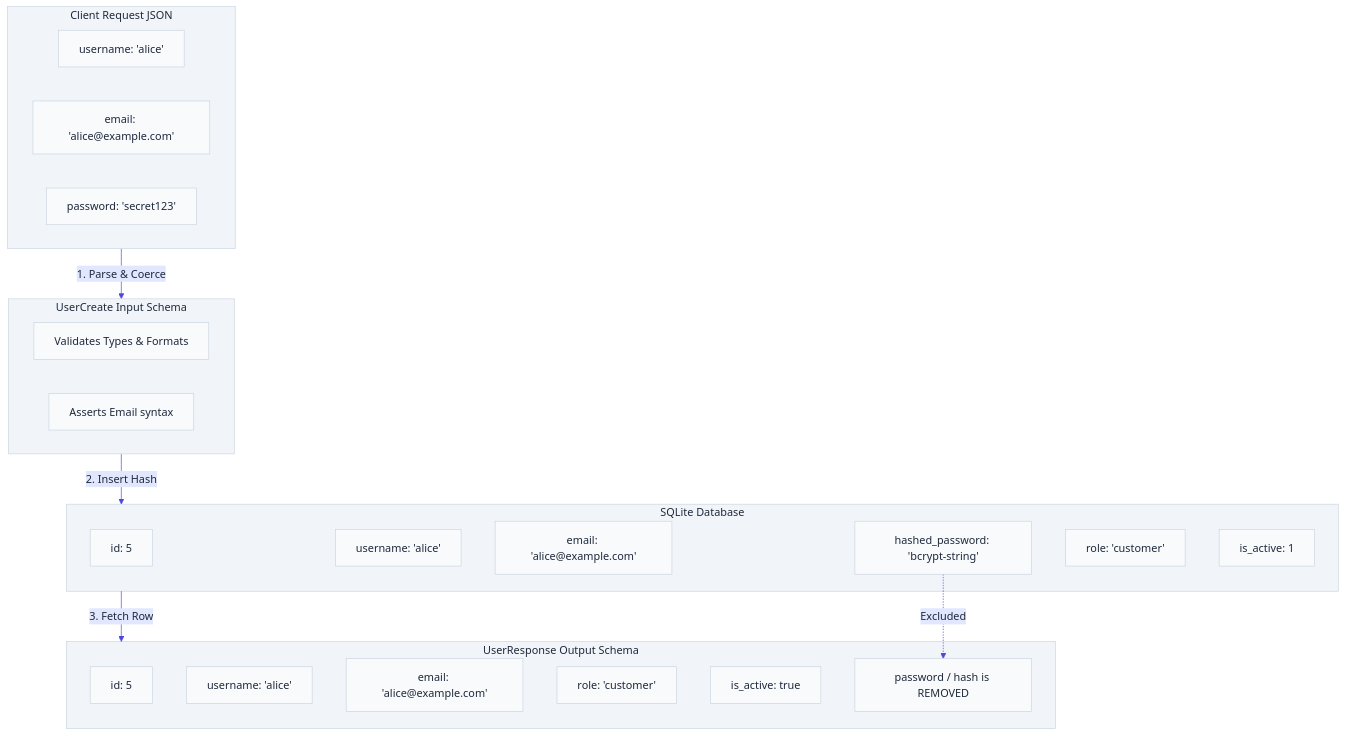
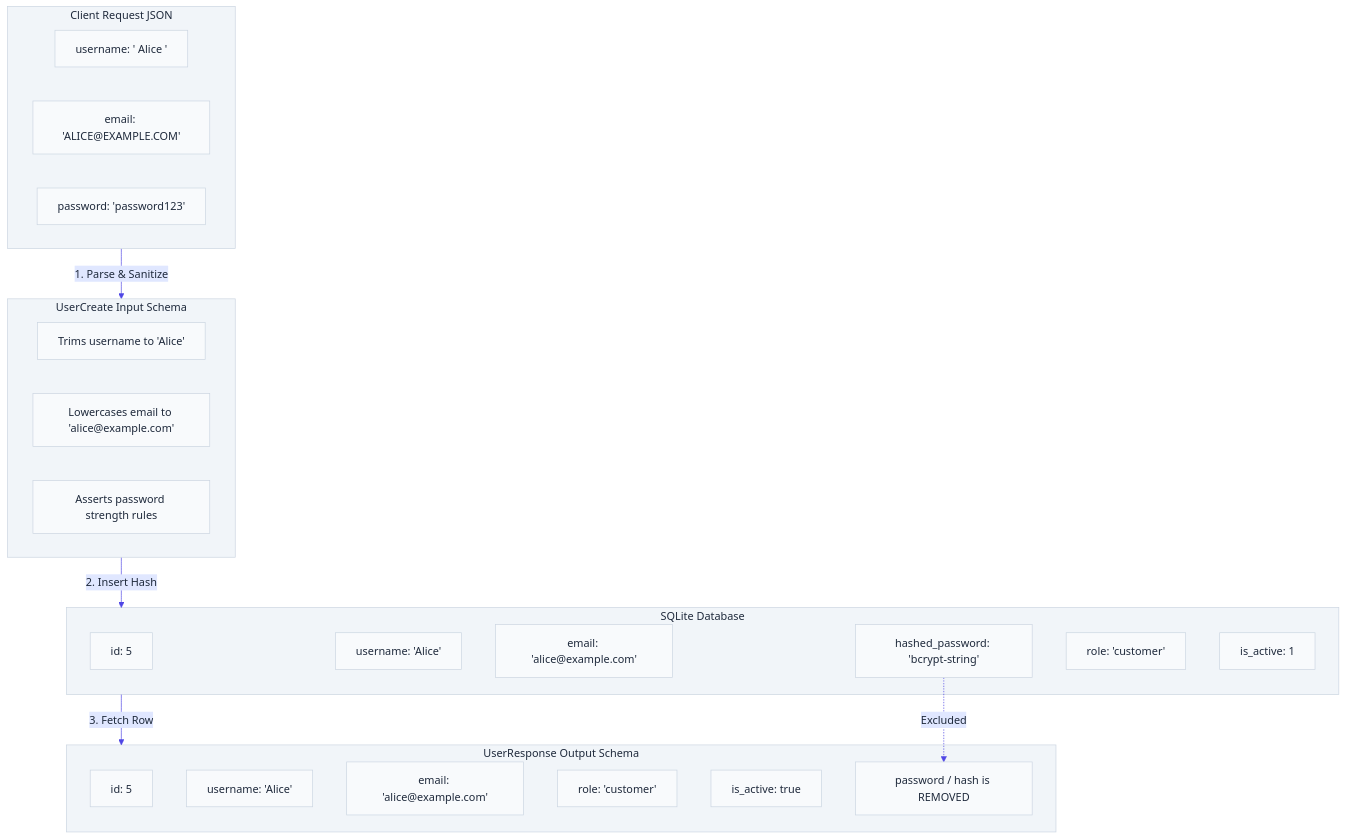
One commit to nakul-cloud/ecommerce-api changed the diagram in app/schemas/README.md. Above: the diagram before and after it, drawn with Mermaid. The commit also changed other lines of this file and 22 other files, not shown here.

Commit message:
feat: scaffold API architecture with authentication, custom exceptions, controllers, and utility modules.

````diff
--- a/app/schemas/README.md
+++ b/app/schemas/README.md
@@ -23,37 +23,38 @@
 ```mermaid
 %%{init: {'theme': 'base', 'themeVariables': {'primaryColor': '#f8fafc', 'primaryTextColor': '#1e293b', 'primaryBorderColor': '#cbd5e1', 'lineColor': '#4f46e5', 'secondaryColor': '#10b981', 'tertiaryColor': '#f59e0b', 'background': '#ffffff', 'mainBkg': '#f8fafc', 'nodeBorder': '#cbd5e1', 'nodeTextColor': '#1e293b', 'textColor': '#1e293b', 'titleColor': '#1e293b', 'edgeLabelBackground': '#e0e7ff', 'clusterBkg': '#f1f5f9', 'clusterBorder': '#cbd5e1', 'actorBkg': '#f8fafc', 'actorBorder': '#cbd5e1', 'actorTextColor': '#1e293b', 'signalColor': '#4f46e5', 'signalTextColor': '#1e293b', 'noteBkgColor': '#fef08a', 'noteBorderColor': '#facc15', 'noteTextColor': '#713f12'}}}%%
 flowchart TD
     subgraph ClientReq [Client Request JSON]
-        R1[username: 'alice']
-        R2[email: 'alice@example.com']
-        R3[password: 'secret123']
+        R1[username: '  Alice  ']
+        R2[email: 'ALICE@EXAMPLE.COM']
+        R3[password: 'password123']
     end
 
     subgraph InputSchema [UserCreate Input Schema]
-        V1[Validates Types & Formats]
-        V2[Asserts Email syntax]
+        V1[Trims username to 'Alice']
+        V2[Lowercases email to 'alice@example.com']
+        V3[Asserts password strength rules]
     end
 
     subgraph DBStore [SQLite Database]
         D1[id: 5]
-        D2[username: 'alice']
+        D2[username: 'Alice']
         D3[email: 'alice@example.com']
         D4[hashed_password: 'bcrypt-string']
         D5[role: 'customer']
         D6[is_active: 1]
     end
 
     subgraph OutputSchema [UserResponse Output Schema]
         O1[id: 5]
-        O2[username: 'alice']
+        O2[username: 'Alice']
         O3[email: 'alice@example.com']
         O4[role: 'customer']
         O5[is_active: true]
         Note1[password / hash is REMOVED]
     end
 
-    ClientReq -->|1. Parse & Coerce| InputSchema
+    ClientReq -->|1. Parse & Sanitize| InputSchema
     InputSchema -->|2. Insert Hash| DBStore
     DBStore -->|3. Fetch Row| OutputSchema
     D4 -.->|Excluded| Note1
 ```
````
